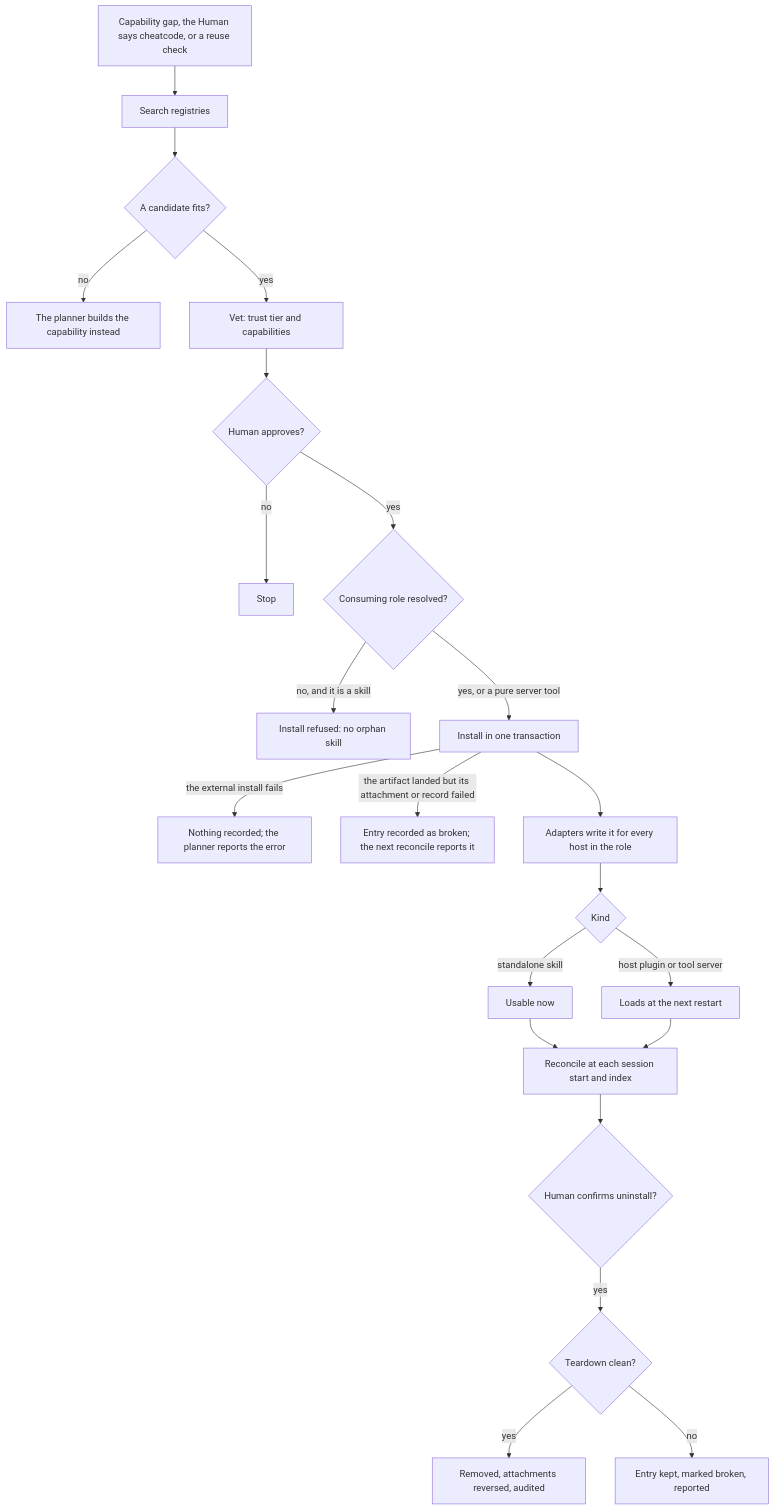
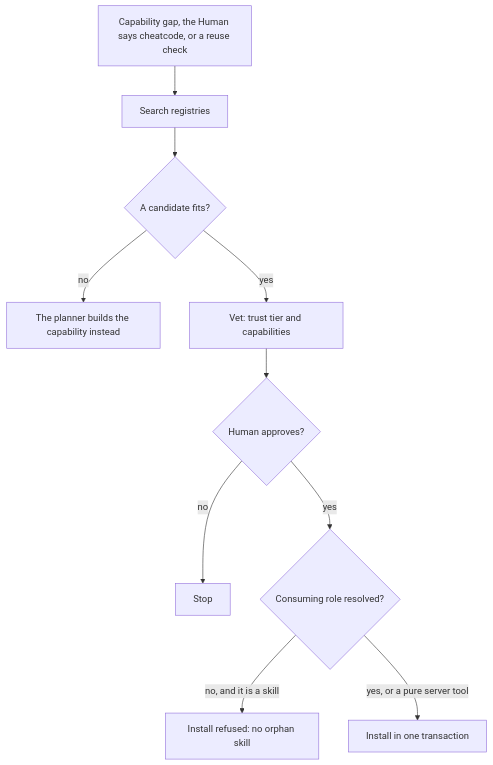
One commit to trustmybot/tmb changed the fourth of 8 diagrams in docs/flows/4_EXTENDING.md. Above: the diagram before and after it, drawn with Mermaid. The commit also changed other lines of this file and 17 other files, not shown here.

First line of the commit message:
📝 docs: rewrite architecture and flows pages to the doc template

````diff
--- a/docs/flows/4_EXTENDING.md
+++ b/docs/flows/4_EXTENDING.md
@@ -15,24 +87,12 @@
 ```mermaid
 flowchart TD
     A["Capability gap, the Human says cheatcode, or a reuse check"] --> S[Search registries]
     S --> F{A candidate fits?}
     F -- no --> B[The planner builds the capability instead]
     F -- yes --> V["Vet: trust tier and capabilities"]
     V --> H{Human approves?}
     H -- no --> Z[Stop]
     H -- yes --> T{Consuming role resolved?}
     T -- "no, and it is a skill" --> X["Install refused: no orphan skill"]
     T -- "yes, or a pure server tool" --> I[Install in one transaction]
-    I -- the external install fails --> N["Nothing recorded; the planner reports the error"]
-    I -- "the artifact landed but its attachment or record failed" --> O["Entry recorded as broken; the next reconcile reports it"]
-    I --> W[Adapters write it for every host in the role]
-    W --> K{Kind}
-    K -- standalone skill --> U[Usable now]
-    K -- host plugin or tool server --> R[Loads at the next restart]
-    U --> C[Reconcile at each session start and index]
-    R --> C
-    C --> D{Human confirms uninstall?}
-    D -- yes --> E{Teardown clean?}
-    E -- yes --> G["Removed, attachments reversed, audited"]
-    E -- no --> M["Entry kept, marked broken, reported"]
 ```
````
